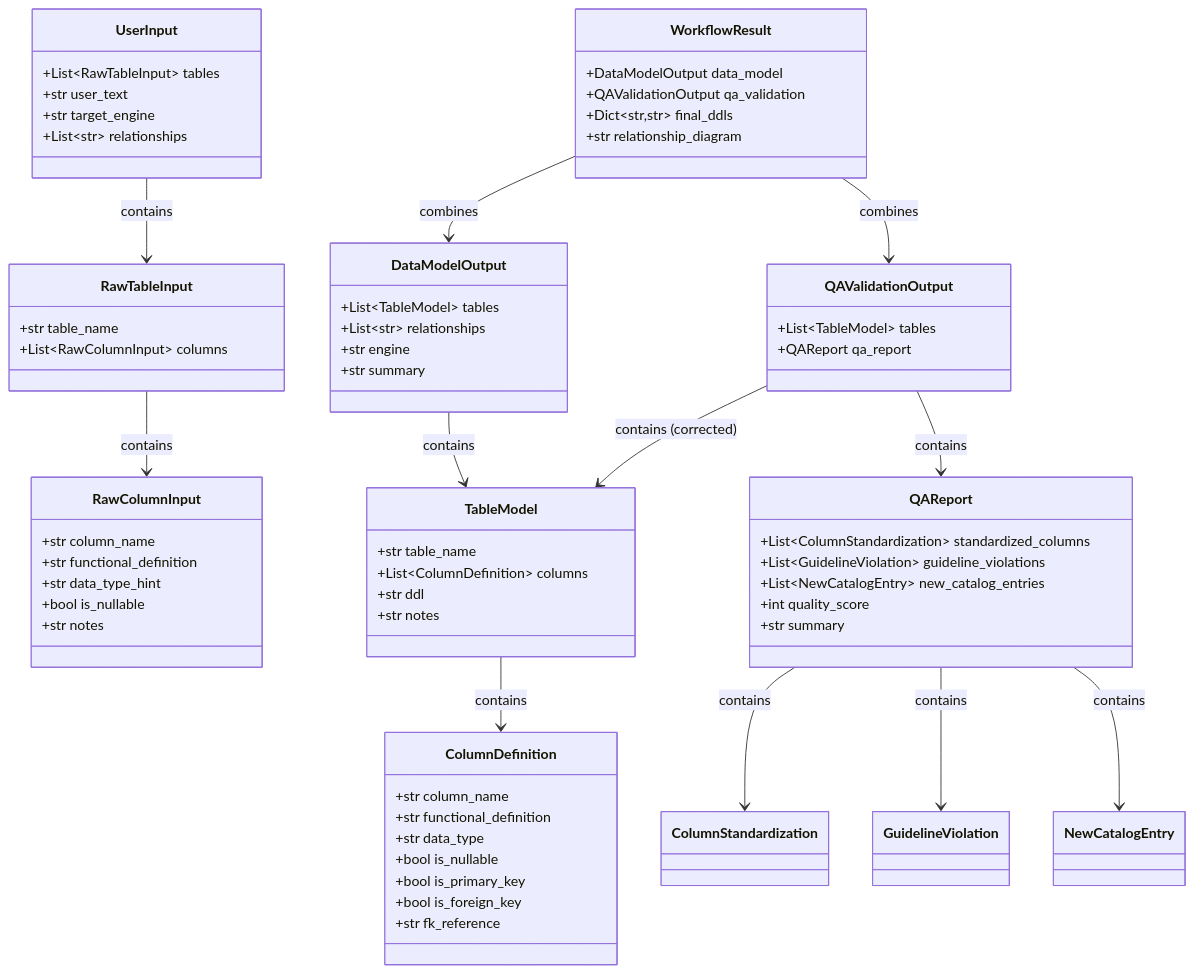
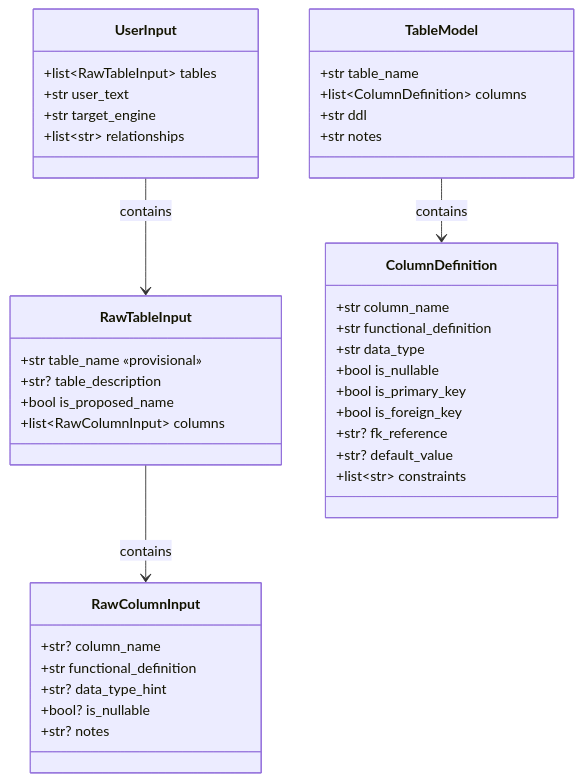
The third of 3 diagrams in doc/schemas.md (Carlosmps97/backend-data-model-hub), drawn with Mermaid before and after one commit. The commit also changed other lines of this file and 5 other files, not shown here.

````diff
--- a/doc/schemas.md
+++ b/doc/schemas.md
@@ -186,78 +316,47 @@
 ```mermaid
 classDiagram
     class UserInput {
-        +List~RawTableInput~ tables
+        +list~RawTableInput~ tables
         +str user_text
         +str target_engine
-        +List~str~ relationships
+        +list~str~ relationships
     }
 
     class RawTableInput {
-        +str table_name
-        +List~RawColumnInput~ columns
+        +str table_name  «provisional»
+        +str? table_description
+        +bool is_proposed_name
+        +list~RawColumnInput~ columns
     }
 
     class RawColumnInput {
-        +str column_name
+        +str? column_name
         +str functional_definition
-        +str data_type_hint
-        +bool is_nullable
-        +str notes
-    }
-
-    class DataModelOutput {
-        +List~TableModel~ tables
-        +List~str~ relationships
-        +str engine
-        +str summary
+        +str? data_type_hint
+        +bool? is_nullable
+        +str? notes
     }
 
     class TableModel {
         +str table_name
-        +List~ColumnDefinition~ columns
+        +list~ColumnDefinition~ columns
         +str ddl
         +str notes
     }
 
     class ColumnDefinition {
         +str column_name
         +str functional_definition
         +str data_type
         +bool is_nullable
         +bool is_primary_key
         +bool is_foreign_key
-        +str fk_reference
-    }
-
-    class QAValidationOutput {
-        +List~TableModel~ tables
-        +QAReport qa_report
-    }
-
-    class QAReport {
-        +List~ColumnStandardization~ standardized_columns
-        +List~GuidelineViolation~ guideline_violations
-        +List~NewCatalogEntry~ new_catalog_entries
-        +int quality_score
-        +str summary
-    }
-
-    class WorkflowResult {
-        +DataModelOutput data_model
-        +QAValidationOutput qa_validation
-        +Dict~str,str~ final_ddls
-        +str relationship_diagram
+        +str? fk_reference
+        +str? default_value
+        +list~str~ constraints
     }
 
     UserInput --> RawTableInput : contains
     RawTableInput --> RawColumnInput : contains
-    DataModelOutput --> TableModel : contains
     TableModel --> ColumnDefinition : contains
-    QAValidationOutput --> TableModel : contains (corrected)
-    QAValidationOutput --> QAReport : contains
-    QAReport --> ColumnStandardization : contains
-    QAReport --> GuidelineViolation : contains
-    QAReport --> NewCatalogEntry : contains
-    WorkflowResult --> DataModelOutput : combines
-    WorkflowResult --> QAValidationOutput : combines
 ```
````
